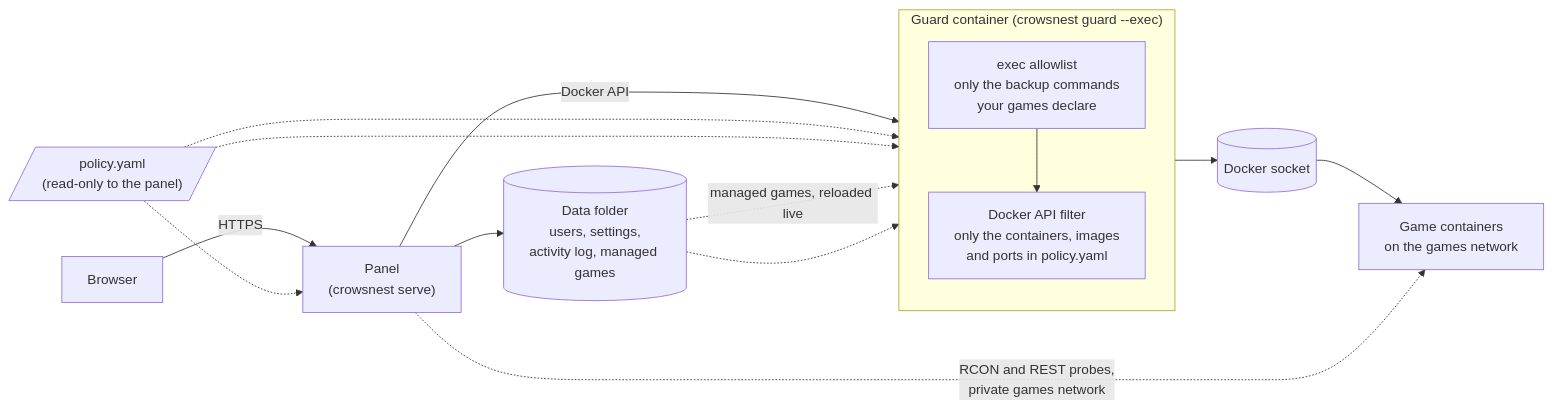
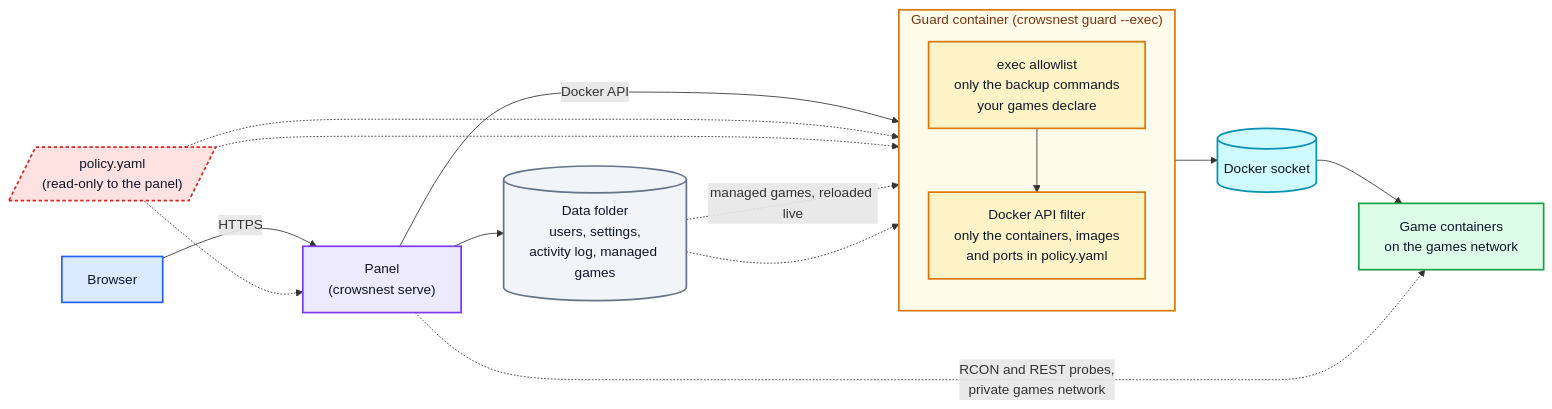
Before and after one commit to fiddler110/CrowsNest: the first of 3 diagrams in README.md, drawn with Mermaid. The commit also changed other lines of this file and 1 other file, not shown here.

````diff
--- a/README.md
+++ b/README.md
@@ -25,18 +25,34 @@
 ```mermaid
 flowchart LR
     B["Browser"] -->|"HTTPS"| P["Panel<br/>(crowsnest serve)"]
     subgraph GC ["Guard container (crowsnest guard --exec)"]
         direction TB
         E["exec allowlist<br/>only the backup commands<br/>your games declare"] --> G["Docker API filter<br/>only the containers, images<br/>and ports in policy.yaml"]
     end
     P -->|"Docker API"| E
     G --> D[("Docker socket")]
     D --> C["Game containers<br/>on the games network"]
     P -.->|"RCON and REST probes,<br/>private games network"| C
     Pol[/"policy.yaml<br/>(read-only to the panel)"/] -.-> G
     Pol -.-> E
     Pol -.-> P
     P --> S[("Data folder<br/>users, settings,<br/>activity log, managed games")]
     S -.->|"managed games, reloaded live"| G
     S -.-> E
+
+    classDef user fill:#dbeafe,stroke:#2563eb,stroke-width:2px,color:#0f172a
+    classDef panel fill:#ede9fe,stroke:#7c3aed,stroke-width:2px,color:#0f172a
+    classDef guard fill:#fef3c7,stroke:#d97706,stroke-width:2px,color:#0f172a
+    classDef docker fill:#cffafe,stroke:#0891b2,stroke-width:2px,color:#0f172a
+    classDef game fill:#dcfce7,stroke:#16a34a,stroke-width:2px,color:#0f172a
+    classDef policy fill:#fee2e2,stroke:#dc2626,stroke-width:2px,stroke-dasharray:4 3,color:#0f172a
+    classDef data fill:#f1f5f9,stroke:#64748b,stroke-width:2px,color:#0f172a
+    class B user
+    class P panel
+    class E,G guard
+    class D docker
+    class C game
+    class Pol policy
+    class S data
+    style GC fill:#fffbeb,stroke:#d97706,stroke-width:2px,color:#78350f
 ```
````
